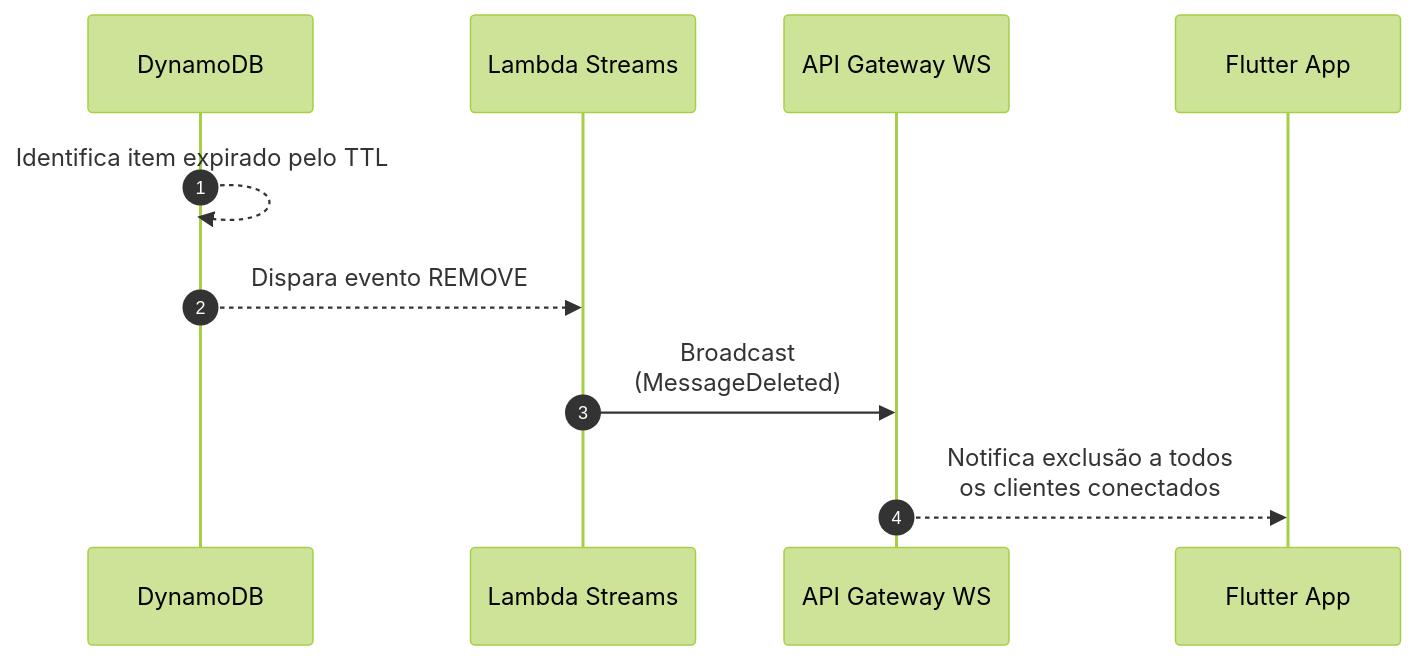
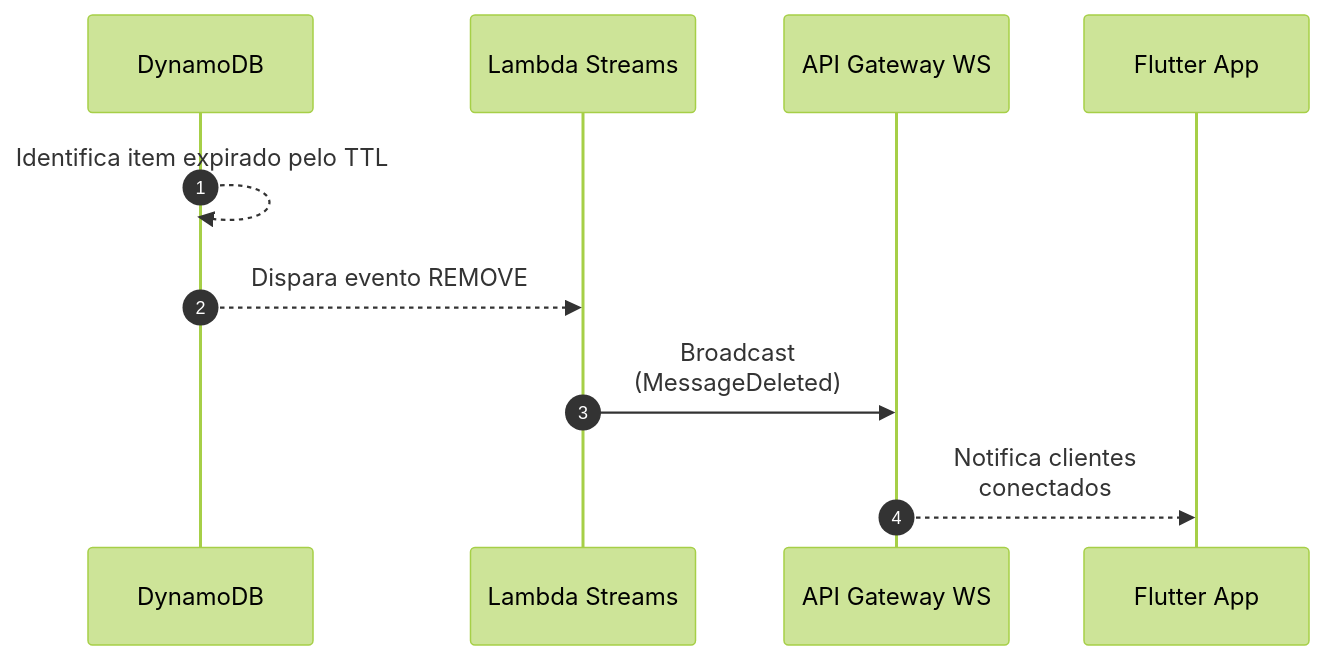
One commit to vitorang/CloudFlow changed the third of 3 diagrams in README.md. Above: the diagram before and after it, drawn with Mermaid (forest theme). The commit also changed other lines of this file, not shown here.

Commit message:
Melhoria de visualização de diagramas

````diff
--- a/README.md
+++ b/README.md
@@ -44,8 +44,8 @@
 ```mermaid
 sequenceDiagram
     autonumber
     DynamoDB-->>DynamoDB: Identifica item expirado pelo TTL
     DynamoDB-->>Lambda Streams: Dispara evento REMOVE
     Lambda Streams->>API Gateway WS: Broadcast<br/>(MessageDeleted)
-    API Gateway WS-->>Flutter App: Notifica exclusão a todos<br/>os clientes conectados
+    API Gateway WS-->>Flutter App: Notifica clientes<br/>conectados
 ```
````
